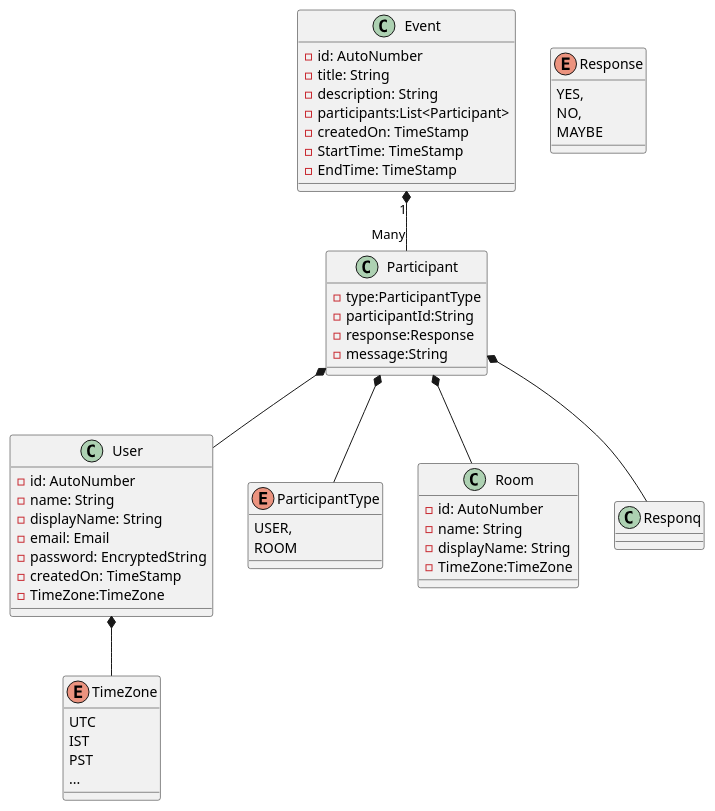
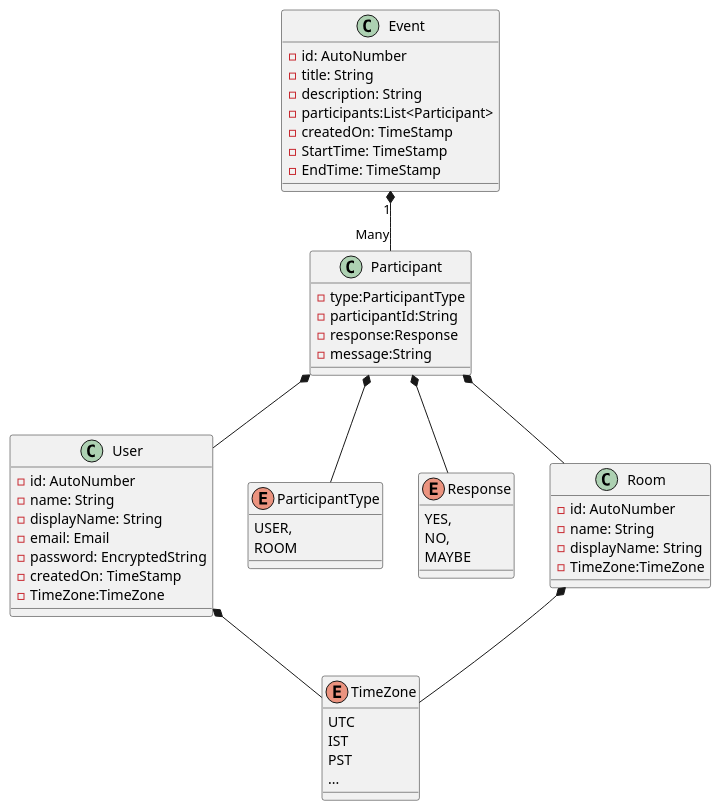
Before and after one commit to shankyty/Calendar: the diagram in Entities.puml, drawn with PlantUML. The commit also changed 3 other files, not shown here.

Commit message:
Fixed diagram

```diff
--- a/Entities.puml
+++ b/Entities.puml
@@ -1,67 +1,68 @@
 @startuml
 'https://plantuml.com/class-diagram
-
+skinparam backgroundcolor transparent
 class User {
     -id: AutoNumber
     -name: String
     -displayName: String
     -email: Email
     -password: EncryptedString
     -createdOn: TimeStamp
     -TimeZone:TimeZone
 }
 
 
 enum TimeZone {
     UTC
     IST
     PST
     ...
 }
 
 class Event {
     -id: AutoNumber
     -title: String
     -description: String
     -participants:List<Participant>
     -createdOn: TimeStamp
     -StartTime: TimeStamp
     -EndTime: TimeStamp
 }
 
 enum ParticipantType {
     USER,
     ROOM
 
 }
 
 enum Response {
     YES,
     NO,
     MAYBE
 }
 
 class Participant {
     -type:ParticipantType
     -participantId:String
     -response:Response
     -message:String
 }
 
 
 Participant *--	User
 Participant *--	Room
 Event "1" *-- "Many" Participant
-Participant *--	 Responq
+Participant *--	 Response
 Participant *--	ParticipantType
 User *-- TimeZone
+Room *-- TimeZone
 
 
 class Room {
     -id: AutoNumber
     -name: String
     -displayName: String
     -TimeZone:TimeZone
 }
 
 @enduml
```
